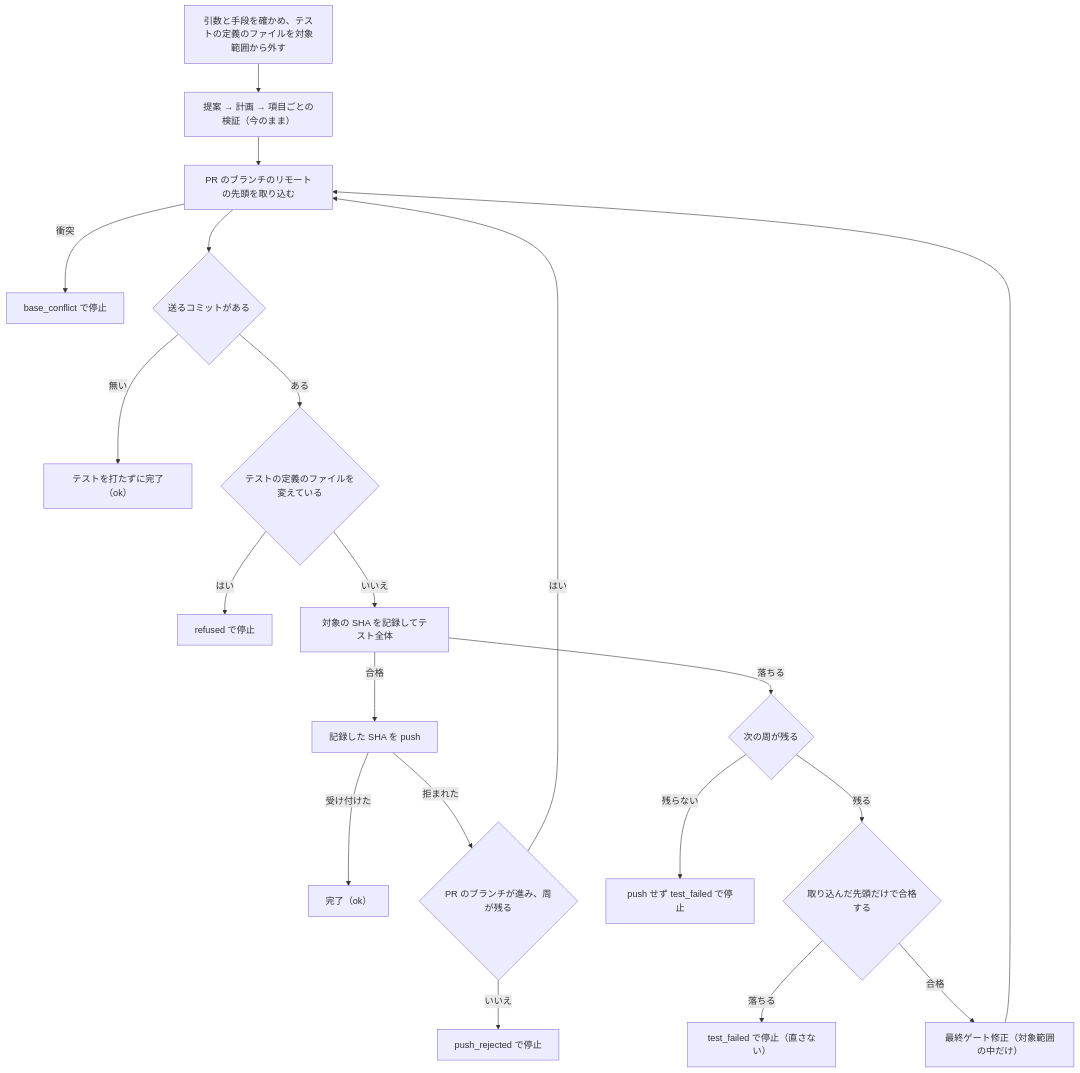
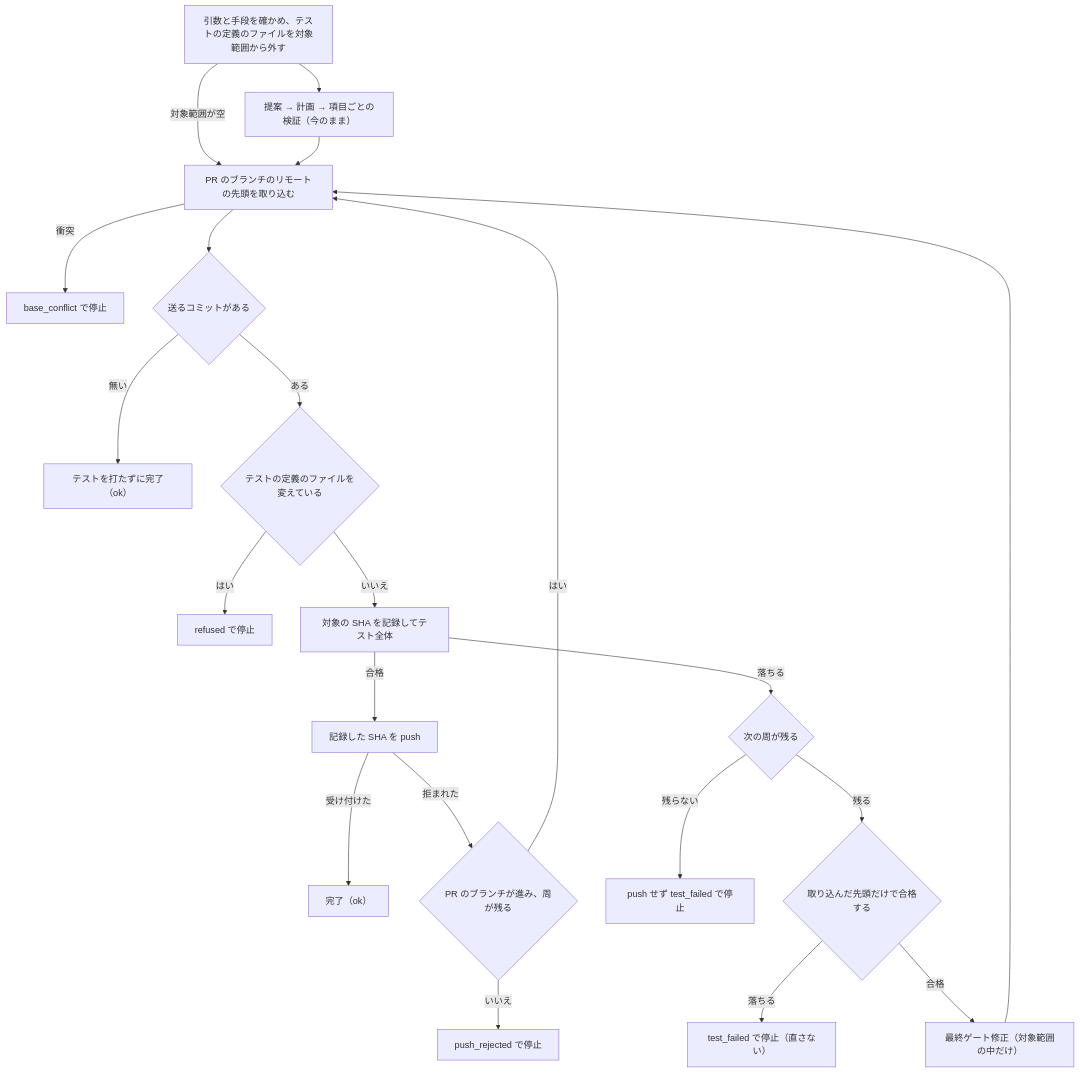
One commit to devbasex/ai-plugins changed the fourth of 4 diagrams in issues/issue-4566-design.md. Above: the diagram before and after it, drawn with Mermaid. The commit also changed other lines of this file and 1 other file, not shown here.

````diff
--- a/issues/issue-4566-design.md
+++ b/issues/issue-4566-design.md
@@ -265,22 +266,23 @@
 ```mermaid
 graph TB
     A["引数と手段を確かめ、テストの定義のファイルを対象範囲から外す"] --> P["提案 → 計画 → 項目ごとの検証（今のまま）"]
+    A -->|対象範囲が空| S
     P --> S["PR のブランチのリモートの先頭を取り込む"]
     S -->|衝突| Z["base_conflict で停止"]
     S --> N{"送るコミットがある"}
     N -->|無い| O0["テストを打たずに完了（ok）"]
     N -->|ある| D{"テストの定義のファイルを変えている"}
     D -->|はい| Z2["refused で停止"]
     D -->|いいえ| W["対象の SHA を記録してテスト全体"]
     W -->|合格| U["記録した SHA を push"]
     U -->|受け付けた| O["完了（ok）"]
     U -->|拒まれた| R{"PR のブランチが進み、周が残る"}
     R -->|はい| S
     R -->|いいえ| Q["push_rejected で停止"]
     W -->|落ちる| L{"次の周が残る"}
     L -->|残らない| Y["push せず test_failed で停止"]
     L -->|残る| C{"取り込んだ先頭だけで合格する"}
     C -->|落ちる| Y0["test_failed で停止（直さない）"]
     C -->|合格| F["最終ゲート修正（対象範囲の中だけ）"]
     F --> S
 ```
````
